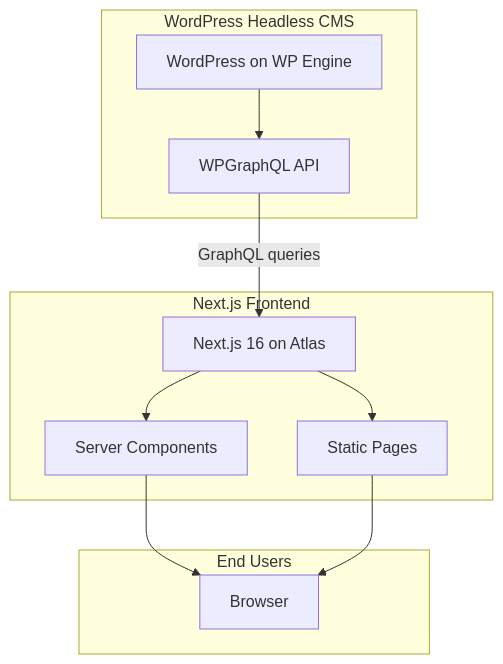
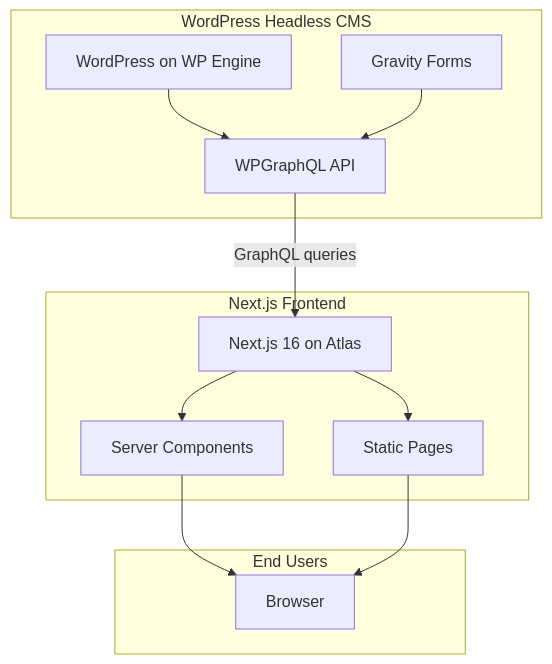
The diagram in README.md (eugenioej/amerilife), drawn with Mermaid before and after one commit. The commit also changed other lines of this file and 78 other files, not shown here.

````diff
--- a/README.md
+++ b/README.md
@@ -7,22 +7,24 @@
 ```mermaid
 flowchart TB
     subgraph CMS [WordPress Headless CMS]
         WP[WordPress on WP Engine]
         GQL[WPGraphQL API]
+        GF[Gravity Forms]
         WP --> GQL
+        GF --> GQL
     end
 
     subgraph Frontend [Next.js Frontend]
         Next[Next.js 16 on Atlas]
         Next --> Render[Server Components]
         Next --> Static[Static Pages]
     end
 
     subgraph Users [End Users]
         Browser[Browser]
     end
 
     GQL -->|GraphQL queries| Next
     Render --> Browser
     Static --> Browser
 ```
````
